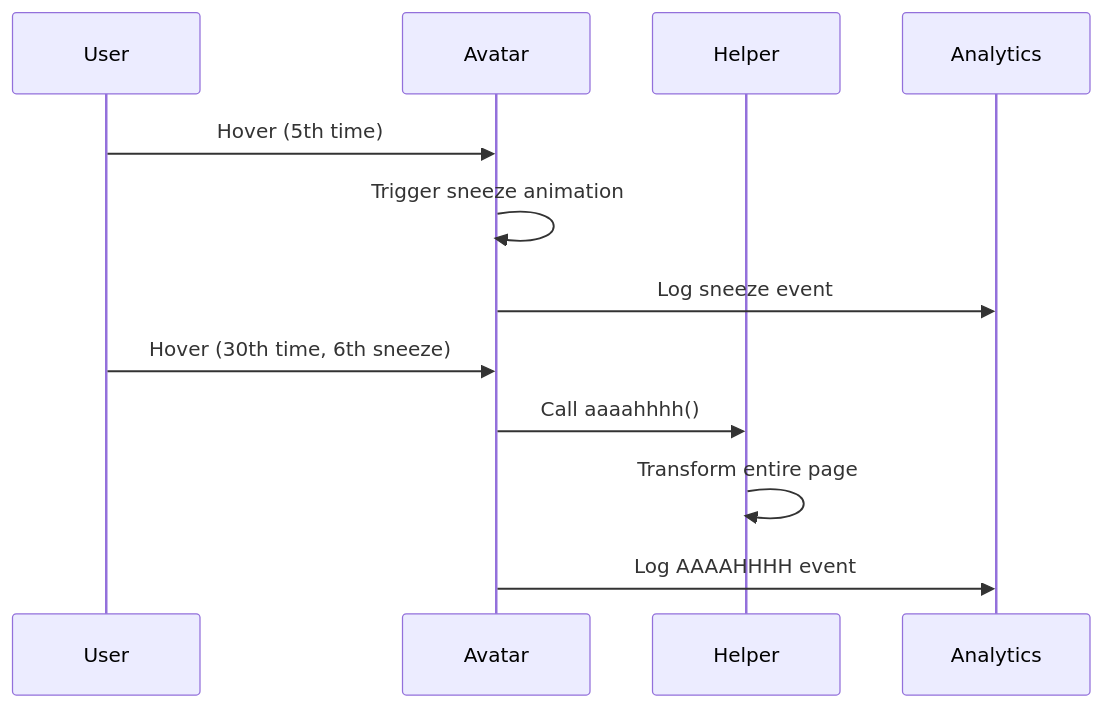
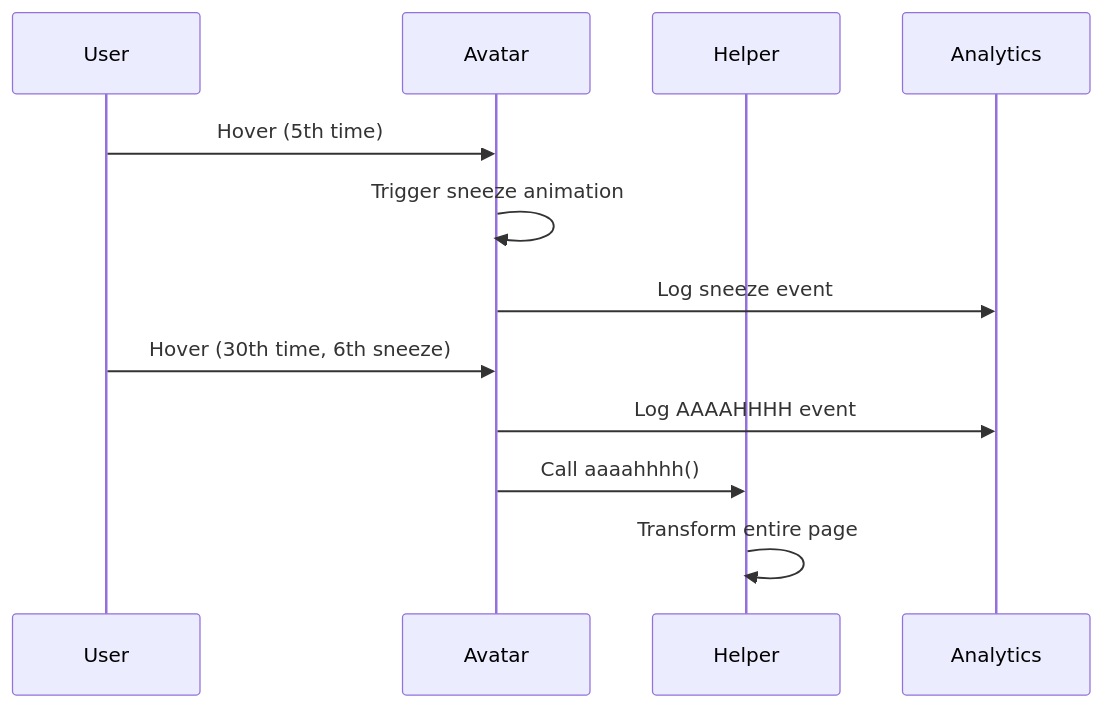
Before and after one commit to AlexJSully/AlexJSully-Portfolio: the diagram in docs/architecture/components/avatar.md, drawn with Mermaid. The commit also changed other lines of this file and 42 other files, not shown here.

````diff
--- a/docs/architecture/components/avatar.md
+++ b/docs/architecture/components/avatar.md
@@ -70,18 +70,18 @@
 ```mermaid
 sequenceDiagram
     accTitle: Avatar Sneeze and Easter Egg Interaction Sequence
     accDescr: User hovers avatar on 5th time triggering sneeze animation and logging event. On 30th time (6th sneeze), aaaahhhh helper is called to transform page and log event
     participant User
     participant Avatar
     participant Helper
     participant Analytics
 
     User->>Avatar: Hover (5th time)
     Avatar->>Avatar: Trigger sneeze animation
     Avatar->>Analytics: Log sneeze event
 
     User->>Avatar: Hover (30th time, 6th sneeze)
+    Avatar->>Analytics: Log AAAAHHHH event
     Avatar->>Helper: Call aaaahhhh()
     Helper->>Helper: Transform entire page
-    Avatar->>Analytics: Log AAAAHHHH event
 ```
````
